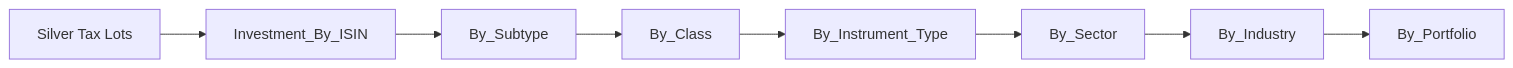
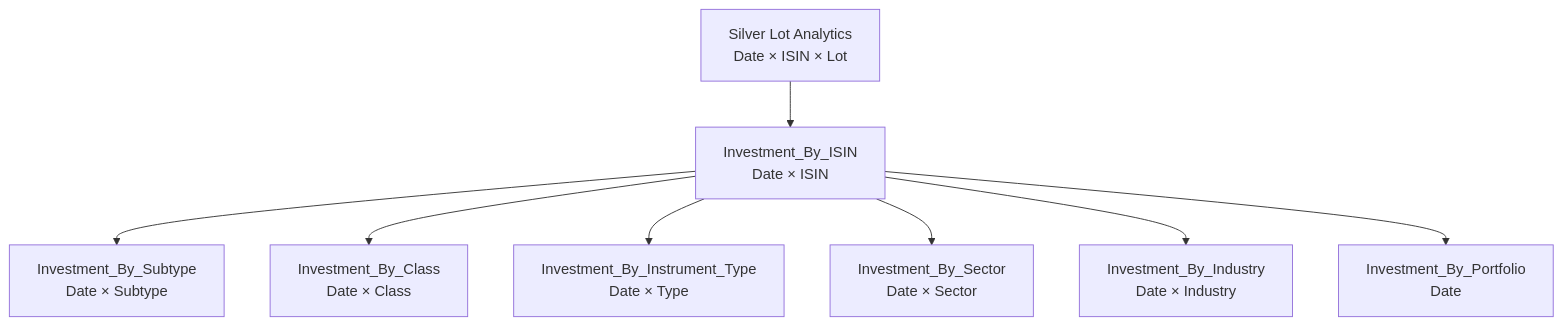
The diagram in docs/reference/gold-data-contracts.md (tks18/personal-finance-etl), drawn with Mermaid before and after one commit. The commit also changed other lines of this file and 3 other files, not shown here.

````diff
--- a/docs/reference/gold-data-contracts.md
+++ b/docs/reference/gold-data-contracts.md
@@ -437,10 +312,10 @@
 ```mermaid
-flowchart LR
-    LOT["Silver Tax Lots"] --> ISIN["Investment_By_ISIN"]
-    ISIN --> SUB["By_Subtype"]
-    SUB --> CLS["By_Class"]
-    CLS --> TYPE["By_Instrument_Type"]
-    TYPE --> SEC["By_Sector"]
-    SEC --> IND["By_Industry"]
-    IND --> PORT["By_Portfolio"]
+flowchart TB
+    LOT["Silver Lot Analytics<br/>Date × ISIN × Lot"] --> ISIN["Investment_By_ISIN<br/>Date × ISIN"]
+    ISIN --> SUB["Investment_By_Subtype<br/>Date × Subtype"]
+    ISIN --> CLASS["Investment_By_Class<br/>Date × Class"]
+    ISIN --> TYPE["Investment_By_Instrument_Type<br/>Date × Type"]
+    ISIN --> SEC["Investment_By_Sector<br/>Date × Sector"]
+    ISIN --> IND["Investment_By_Industry<br/>Date × Industry"]
+    ISIN --> PORT["Investment_By_Portfolio<br/>Date"]
 ```
````
